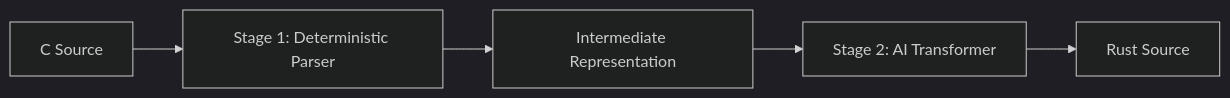
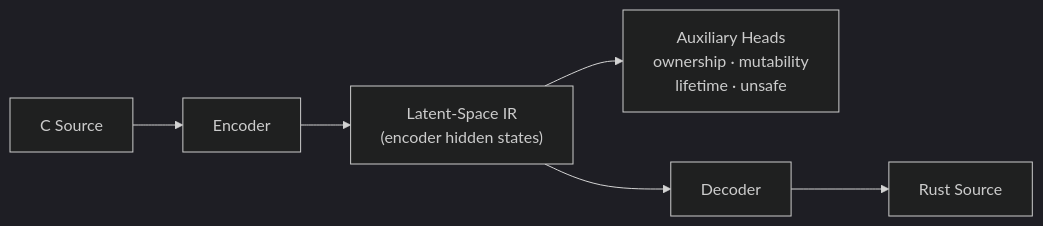
The diagram in ARCHITECTURE.md (krazykarthik2/fl2fltranslator_exp), drawn with Mermaid (dark theme) before and after one commit. The commit also changed other lines of this file and 57 other files, not shown here.

Commit message:
Add unified CToRustModel with latent-space IR, training script, and updated docs

````diff
--- a/ARCHITECTURE.md
+++ b/ARCHITECTURE.md
@@ -13,7 +12,8 @@
 ```mermaid
 graph LR
-    C[C Source] --> S1[Stage 1: Deterministic Parser]
-    S1 --> IR[Intermediate Representation]
-    IR --> S2[Stage 2: AI Transformer]
-    S2 --> RS[Rust Source]
+    C[C Source] --> ENC[Encoder]
+    ENC --> LS["Latent-Space IR<br/>(encoder hidden states)"]
+    LS --> AUX["Auxiliary Heads<br/>ownership · mutability<br/>lifetime · unsafe"]
+    LS --> DEC[Decoder]
+    DEC --> RS[Rust Source]
 ```
````
